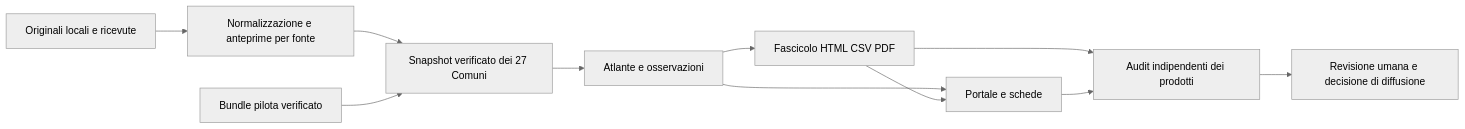
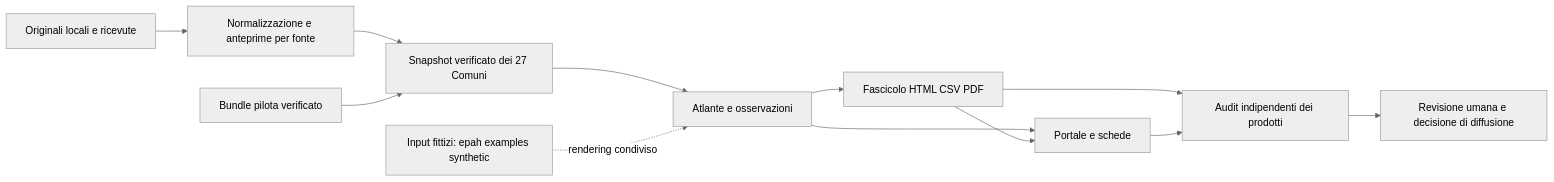
One commit to REC-Tools/EPAH-diagnosis changed the diagram in docs/v0_4_architecture.md. Above: the diagram before and after it, drawn with Mermaid (neutral theme). The commit also changed other lines of this file and 11 other files, not shown here.

````diff
--- a/docs/v0_4_architecture.md
+++ b/docs/v0_4_architecture.md
@@ -13,13 +13,14 @@
 ```mermaid
 flowchart LR
     O[Originali locali e ricevute] --> P[Normalizzazione e anteprime per fonte]
     P --> S[Snapshot verificato dei 27 Comuni]
     B[Bundle pilota verificato] --> S
     S --> A[Atlante e osservazioni]
+    D[Input fittizi: epah examples synthetic] -. rendering condiviso .-> A
     A --> R[Fascicolo HTML CSV PDF]
     A --> H[Portale e schede]
     R --> H
     R --> Q[Audit indipendenti dei prodotti]
     H --> Q
     Q --> U[Revisione umana e decisione di diffusione]
 ```
````
